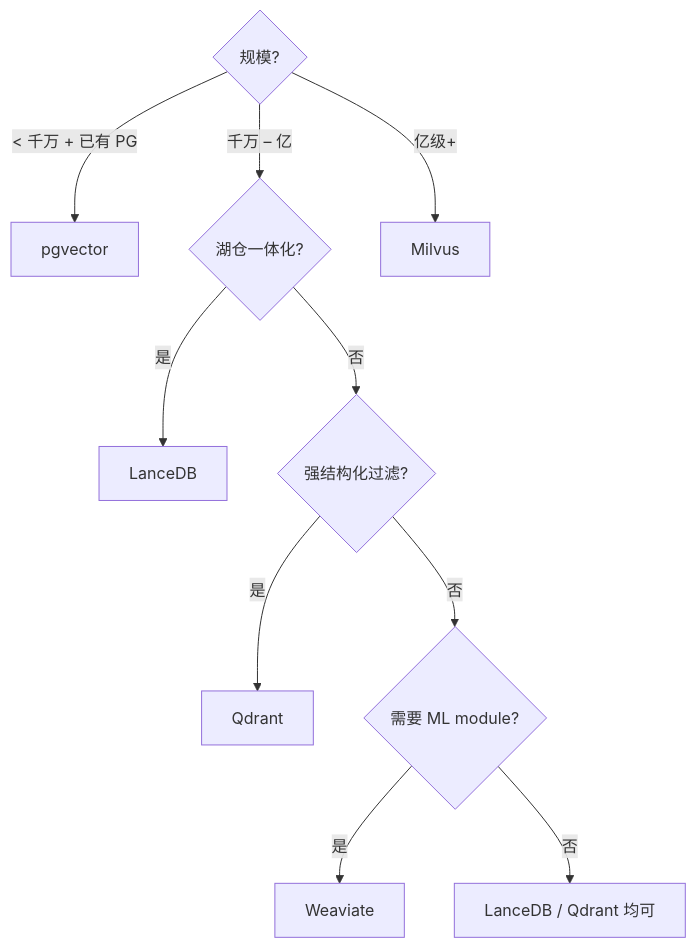
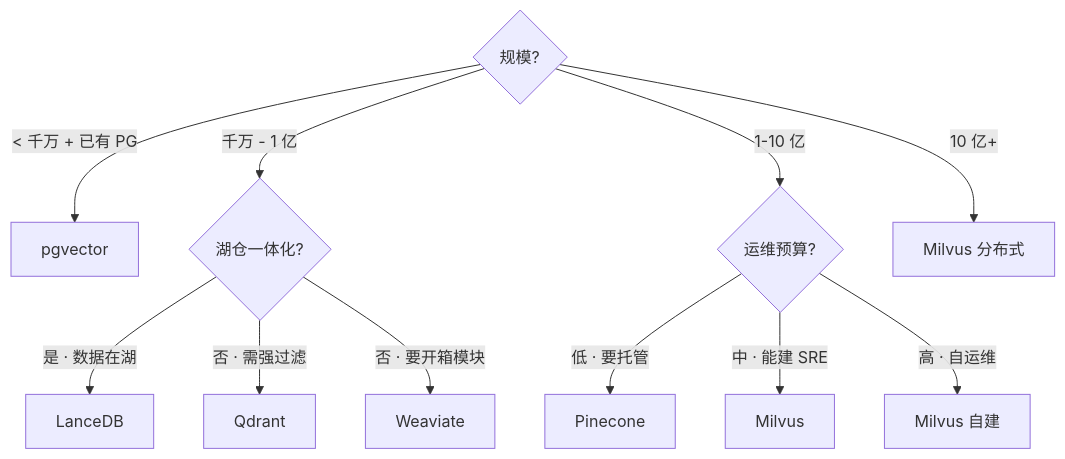
Before and after one commit to wangyong9999/lakehouse-wiki: the diagram in docs/compare/vector-db-comparison.md, drawn with Mermaid. The commit also changed other lines of this file, not shown here.

Commit message:
content(F5b): 向量库对比升 A 级 (110 -> 290+ 行，新增 Pinecone + 决策树 + 现实检视)

````diff
--- a/docs/compare/vector-db-comparison.md
+++ b/docs/compare/vector-db-comparison.md
@@ -79,12 +208,16 @@
 ```mermaid
 flowchart TD
-  scale{规模?} -->|< 千万 + 已有 PG| pg[pgvector]
-  scale -->|千万 – 亿| integ{湖仓一体化?}
-  integ -->|是| lance[LanceDB]
-  integ -->|否| filter{强结构化过滤?}
-  filter -->|是| q[Qdrant]
-  filter -->|否| module{需要 ML module?}
-  module -->|是| weav[Weaviate]
-  module -->|否| mid[LanceDB / Qdrant 均可]
-  scale -->|亿级+| milvus[Milvus]
+  scale{规模?}
+  scale -->|< 千万 + 已有 PG| pg[pgvector]
+  scale -->|千万 - 1 亿| mid{湖仓一体化?}
+  scale -->|1-10 亿| large{运维预算?}
+  scale -->|10 亿+| milvus[Milvus 分布式]
+  
+  mid -->|是 · 数据在湖| lance[LanceDB]
+  mid -->|否 · 需强过滤| q[Qdrant]
+  mid -->|否 · 要开箱模块| weav[Weaviate]
+  
+  large -->|低 · 要托管| pine[Pinecone]
+  large -->|中 · 能建 SRE| milvus2[Milvus]
+  large -->|高 · 自运维| milvus3[Milvus 自建]
 ```
````
